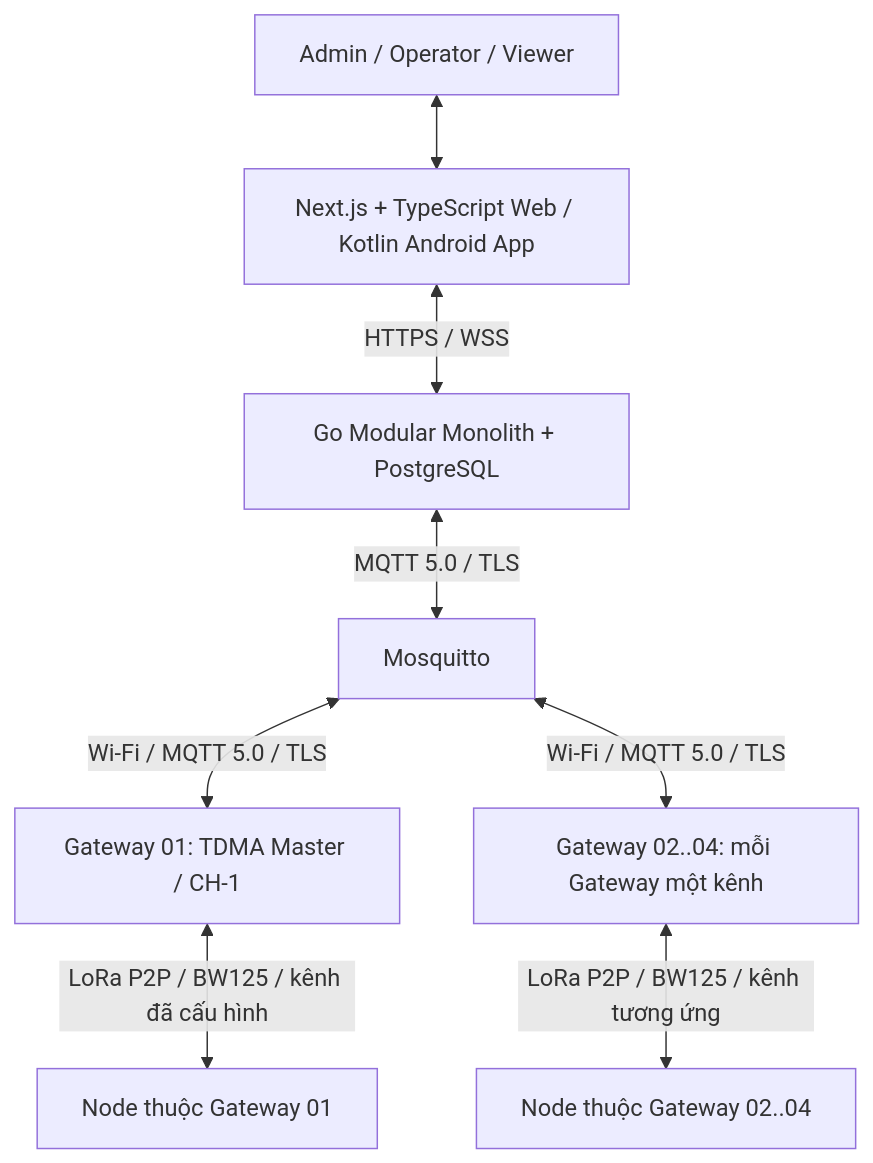
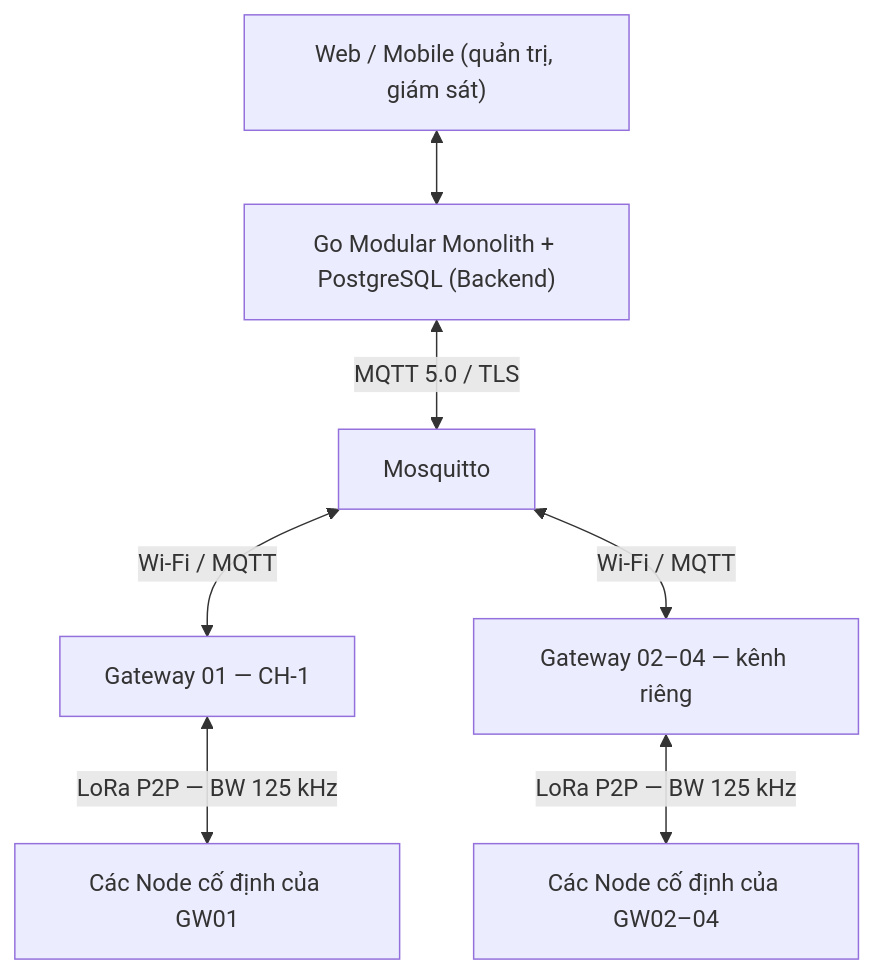
The diagram in docs/architecture/system-overview.md (khanhpn308/LoRa-P2P-Hybrid-TDMA-MVP), drawn with Mermaid before and after one commit. The commit also changed other lines of this file, not shown here.

Commit message:
docs: replace outdated architecture overview with approved MVP baseline (#115)

````diff
--- a/docs/architecture/system-overview.md
+++ b/docs/architecture/system-overview.md
@@ -9,10 +12,9 @@
 ```mermaid
 flowchart TB
-  USERS[Admin / Operator / Viewer] <--> CLIENTS[Next.js + TypeScript Web / Kotlin Android App]
-  CLIENTS <-->|HTTPS / WSS| GO[Go Modular Monolith + PostgreSQL]
-  GO <-->|MQTT 5.0 / TLS| BROKER[Mosquitto]
-  BROKER <-->|Wi-Fi / MQTT 5.0 / TLS| GW1[Gateway 01: TDMA Master / CH-1]
-  BROKER <-->|Wi-Fi / MQTT 5.0 / TLS| GW2[Gateway 02..04: mỗi Gateway một kênh]
-  GW1 <-->|LoRa P2P / BW125 / kênh đã cấu hình| NODES1[Node thuộc Gateway 01]
-  GW2 <-->|LoRa P2P / BW125 / kênh tương ứng| NODES2[Node thuộc Gateway 02..04]
+  UI["Web / Mobile (quản trị, giám sát)"] <--> API["Go Modular Monolith + PostgreSQL (Backend)"]
+  API <-->|"MQTT 5.0 / TLS"| MQ["Mosquitto"]
+  MQ <-->|"Wi-Fi / MQTT"| G1["Gateway 01 — CH-1"]
+  MQ <-->|"Wi-Fi / MQTT"| GN["Gateway 02–04 — kênh riêng"]
+  G1 <-->|"LoRa P2P — BW 125 kHz"| N1["Các Node cố định của GW01"]
+  GN <-->|"LoRa P2P — BW 125 kHz"| NN["Các Node cố định của GW02–04"]
 ```
````
